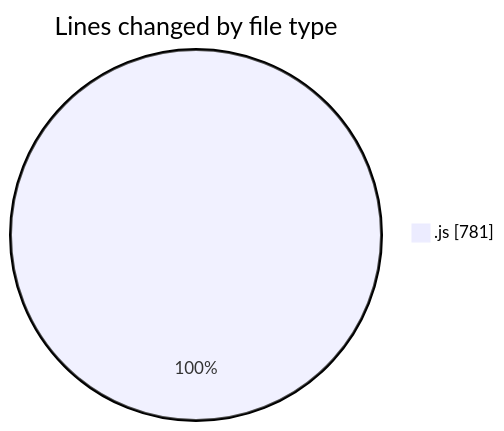
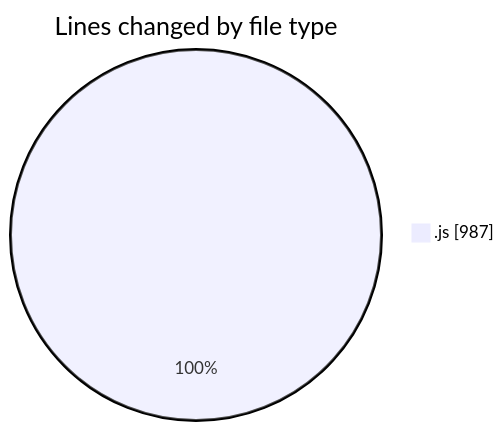
One commit to nxtqubesakshisongat/code-tracking changed the first of 2 diagrams in 2025-11-02/nxtqube_webapp/README.md. Above: the diagram before and after it, drawn with Mermaid. The commit also changed other lines of this file and 1 other file, not shown here.

````diff
--- a/2025-11-02/nxtqube_webapp/README.md
+++ b/2025-11-02/nxtqube_webapp/README.md
@@ -23,5 +23,5 @@
 ```mermaid
 pie showData
 title Lines changed by file type
-".js" : 781
+".js" : 987
 ```
````
